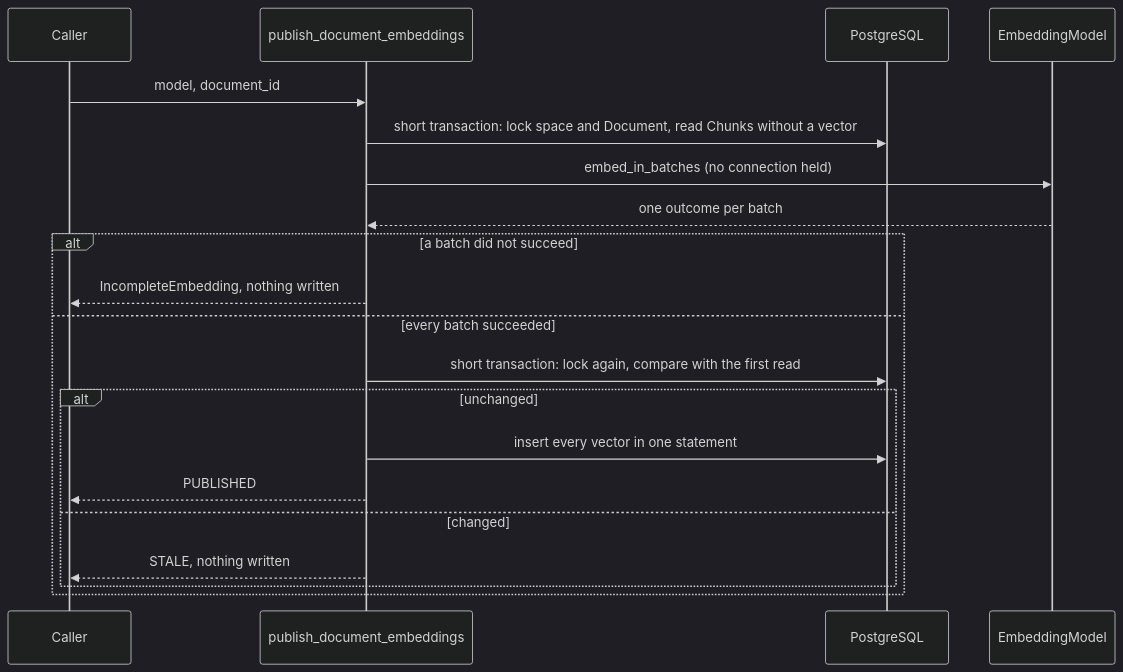
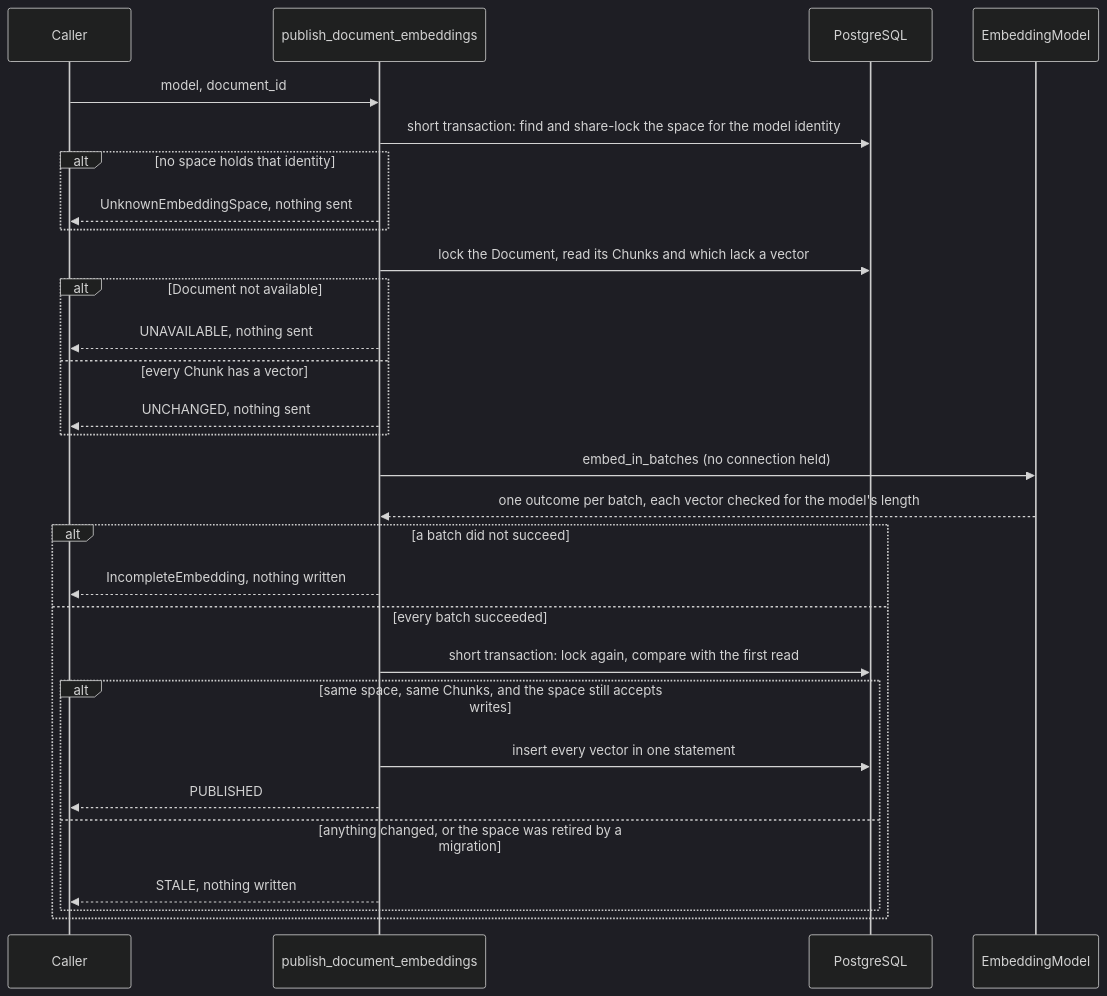
Before and after one commit to ivanverenich/knowledge-service: the sixth of 9 diagrams in docs/architecture.md, drawn with Mermaid (dark theme). The commit also changed other lines of this file and 9 other files, not shown here.

````diff
--- a/docs/architecture.md
+++ b/docs/architecture.md
@@ -182,22 +182,31 @@
 ```mermaid
 sequenceDiagram
     participant Caller
     participant Pub as publish_document_embeddings
     participant DB as PostgreSQL
     participant Model as EmbeddingModel
     Caller->>Pub: model, document_id
-    Pub->>DB: short transaction: lock space and Document, read Chunks without a vector
+    Pub->>DB: short transaction: find and share-lock the space for the model identity
+    alt no space holds that identity
+        Pub-->>Caller: UnknownEmbeddingSpace, nothing sent
+    end
+    Pub->>DB: lock the Document, read its Chunks and which lack a vector
+    alt Document not available
+        Pub-->>Caller: UNAVAILABLE, nothing sent
+    else every Chunk has a vector
+        Pub-->>Caller: UNCHANGED, nothing sent
+    end
     Pub->>Model: embed_in_batches (no connection held)
-    Model-->>Pub: one outcome per batch
+    Model-->>Pub: one outcome per batch, each vector checked for the model's length
     alt a batch did not succeed
         Pub-->>Caller: IncompleteEmbedding, nothing written
     else every batch succeeded
         Pub->>DB: short transaction: lock again, compare with the first read
-        alt unchanged
+        alt same space, same Chunks, and the space still accepts writes
             Pub->>DB: insert every vector in one statement
             Pub-->>Caller: PUBLISHED
-        else changed
+        else anything changed, or the space was retired by a migration
             Pub-->>Caller: STALE, nothing written
         end
     end
 ```
````
